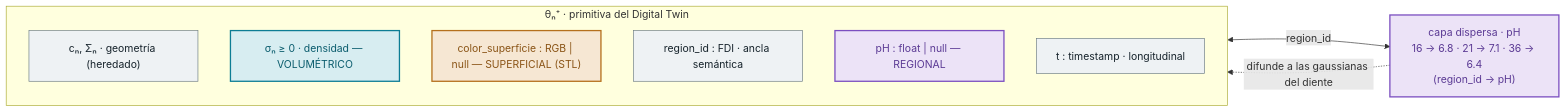
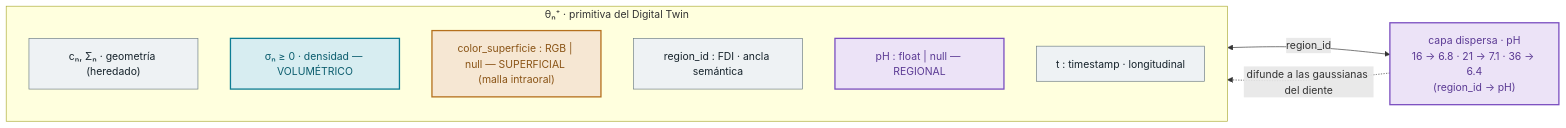
One commit to ANFAIA/Agentic-Smart-Health changed the second of 3 diagrams in docs/research/3dgs-clinical-extension.md. Above: the diagram before and after it, drawn with Mermaid. The commit also changed other lines of this file, not shown here.

Commit message:
docs: color_superficie comes from the intraoral mesh (OBJ/PLY), not from STL

````diff
--- a/docs/research/3dgs-clinical-extension.md
+++ b/docs/research/3dgs-clinical-extension.md
@@ -108,24 +110,24 @@
 ```mermaid
 flowchart LR
   subgraph PR["θₙ⁺ · primitiva del Digital Twin"]
     direction TB
     GEO["cₙ, Σₙ · geometría (heredado)"]
     DEN["σₙ ≥ 0 · densidad — VOLUMÉTRICO"]
-    COL["color_superficie : RGB | null — SUPERFICIAL (STL)"]
+    COL["color_superficie : RGB | null — SUPERFICIAL (malla intraoral)"]
     RID["region_id : FDI · ancla semántica"]
     PH["pH : float | null — REGIONAL"]
     TS["t : timestamp · longitudinal"]
   end
   SP["capa dispersa · pH<br/>16 → 6.8 · 21 → 7.1 · 36 → 6.4<br/>(region_id → pH)"]
   RID <-->|"region_id"| SP
   SP -.->|"difunde a las gaussianas del diente"| PH
 
   classDef keep fill:#eef2f4,stroke:#6b7b83,color:#16232b;
   classDef vol fill:#d7edf1,stroke:#0d7d94,stroke-width:2px,color:#0a5c6d;
   classDef surf fill:#f6e7d3,stroke:#b5701d,stroke-width:2px,color:#8a5416;
   classDef reg fill:#ece3f7,stroke:#7b4fc0,stroke-width:2px,color:#5b3a94;
   class GEO,RID,TS keep;
   class DEN vol;
   class COL surf;
   class PH,SP reg;
 ```
````
